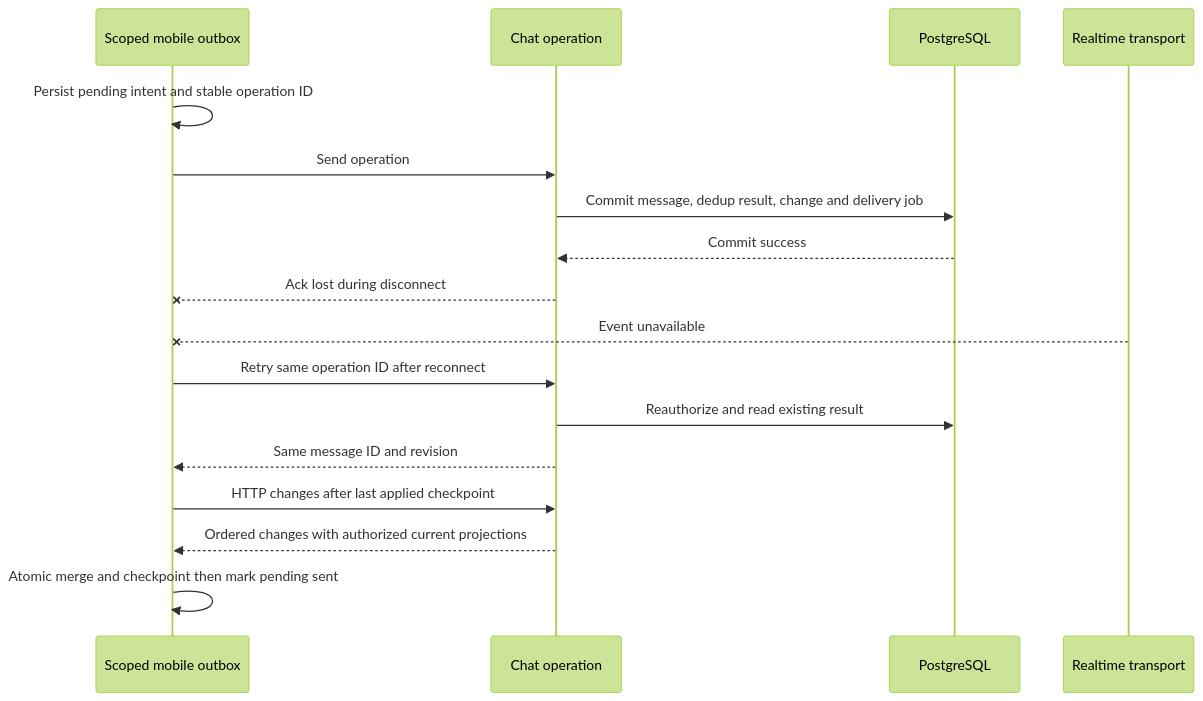
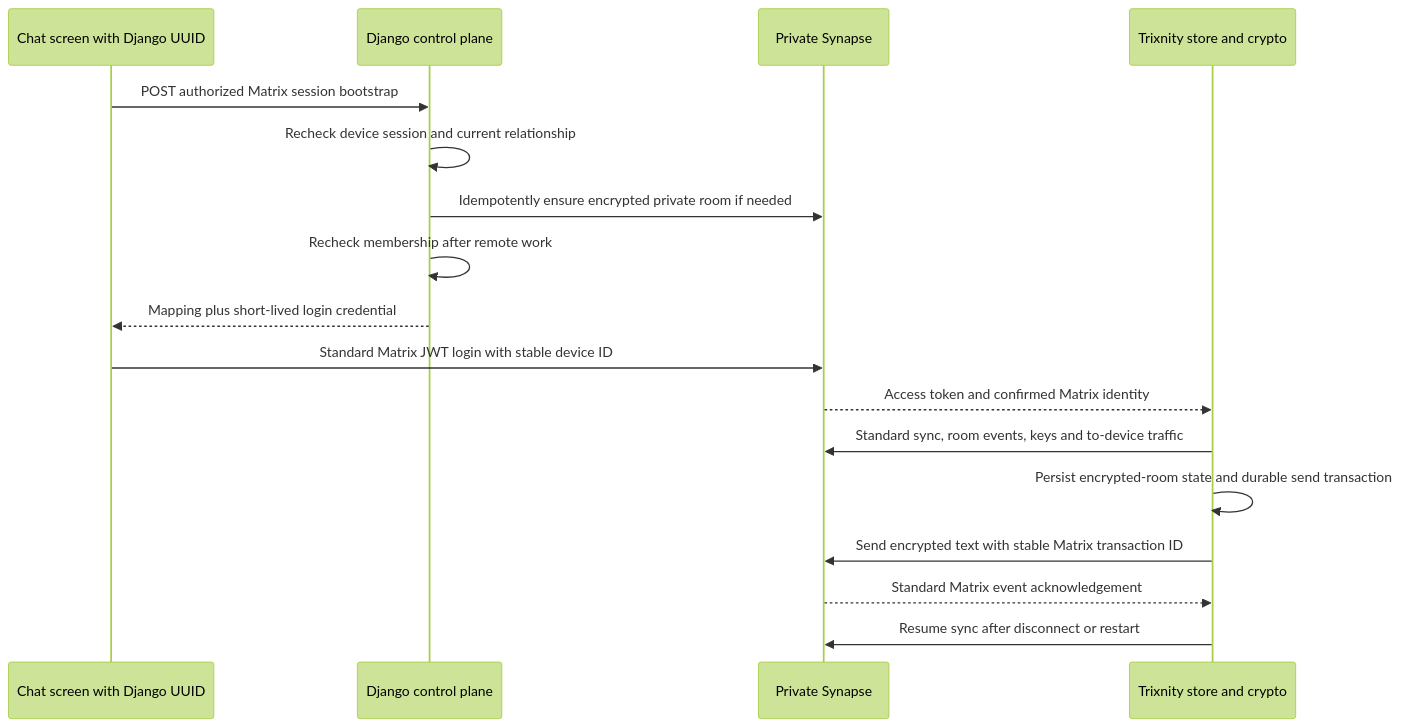
The third of 5 diagrams in docs/architecture/system-design/03-contracts.md (SriZan12/SriSu), drawn with Mermaid (forest theme) before and after one commit. The commit also changed other lines of this file and 108 other files, not shown here.

First line of the commit message:
feat(chat): integrate Matrix E2EE client

````diff
--- a/docs/architecture/system-design/03-contracts.md
+++ b/docs/architecture/system-design/03-contracts.md
@@ -226,19 +272,19 @@
 ```mermaid
 sequenceDiagram
-  participant mobile as Scoped mobile outbox
-  participant api as Chat operation
-  participant database as PostgreSQL
-  participant socket as Realtime transport
-  mobile->>mobile: Persist pending intent and stable operation ID
-  mobile->>api: Send operation
-  api->>database: Commit message, dedup result, change and delivery job
-  database-->>api: Commit success
-  api--xmobile: Ack lost during disconnect
-  socket--xmobile: Event unavailable
-  mobile->>api: Retry same operation ID after reconnect
-  api->>database: Reauthorize and read existing result
-  api-->>mobile: Same message ID and revision
-  mobile->>api: HTTP changes after last applied checkpoint
-  api-->>mobile: Ordered changes with authorized current projections
-  mobile->>mobile: Atomic merge and checkpoint then mark pending sent
+  participant ui as Chat screen with Django UUID
+  participant django as Django control plane
+  participant matrix as Private Synapse
+  participant sdk as Trixnity store and crypto
+  ui->>django: POST authorized Matrix session bootstrap
+  django->>django: Recheck device session and current relationship
+  django->>matrix: Idempotently ensure encrypted private room if needed
+  django->>django: Recheck membership after remote work
+  django-->>ui: Mapping plus short-lived login credential
+  ui->>matrix: Standard Matrix JWT login with stable device ID
+  matrix-->>sdk: Access token and confirmed Matrix identity
+  sdk->>matrix: Standard sync, room events, keys and to-device traffic
+  sdk->>sdk: Persist encrypted-room state and durable send transaction
+  sdk->>matrix: Send encrypted text with stable Matrix transaction ID
+  matrix-->>sdk: Standard Matrix event acknowledgement
+  sdk->>matrix: Resume sync after disconnect or restart
 ```
````
